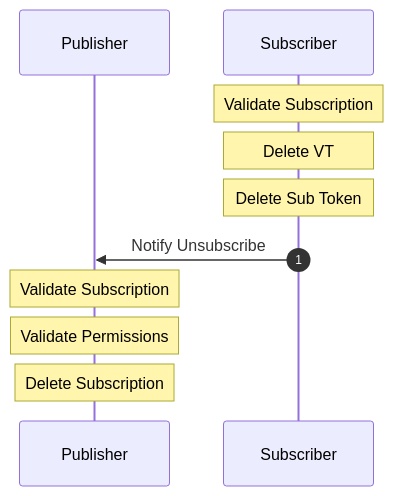
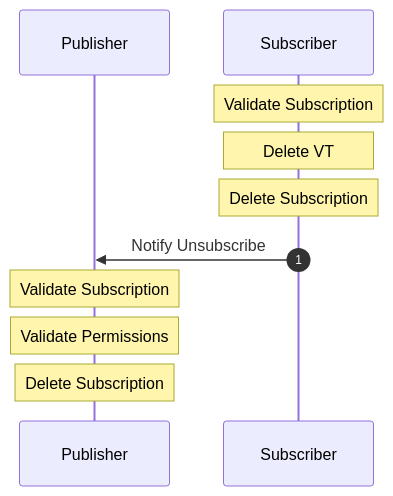
One commit to nathan-fiscaletti/coattail changed the second of 3 diagrams in docs/subscription.md. Above: the diagram before and after it, drawn with Mermaid.

````diff
--- a/docs/subscription.md
+++ b/docs/subscription.md
@@ -28,17 +28,17 @@
 ```mermaid
 sequenceDiagram
     autonumber
 
     participant Publisher
     participant Subscriber
 
     Note over Subscriber: Validate Subscription
     Note over Subscriber: Delete VT
-    Note over Subscriber: Delete Sub Token
+    Note over Subscriber: Delete Subscription
 
     Subscriber ->> Publisher: Notify Unsubscribe
 
     Note over Publisher: Validate Subscription
     Note over Publisher: Validate Permissions
     Note over Publisher: Delete Subscription
 ```
````
